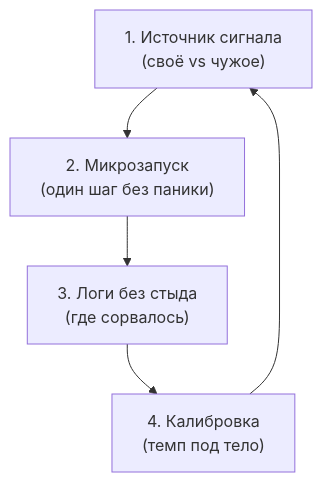
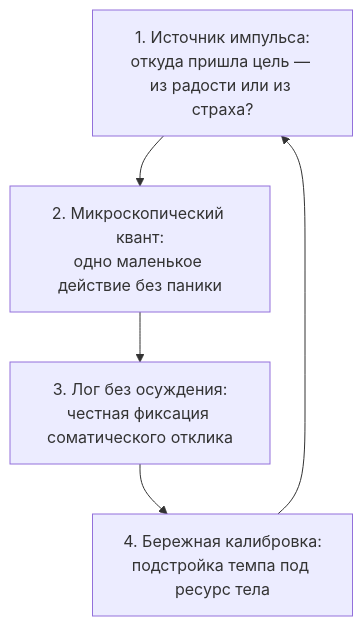
Before and after one commit to GTFB/threebooks: the diagram in root/46-goal-living-rhythm/ru.mdx, drawn with Mermaid. The commit also changed other lines of this file and 40 other files, not shown here.

````diff
--- a/root/46-goal-living-rhythm/ru.mdx
+++ b/root/46-goal-living-rhythm/ru.mdx
@@ -50,7 +68,7 @@
 ```mermaid
 flowchart TD
-  A["1. Источник сигнала\n(своё vs чужое)"] --> B["2. Микрозапуск\n(один шаг без паники)"]
-  B --> C["3. Логи без стыда\n(где сорвалось)"]
-  C --> D["4. Калибровка\n(темп под тело)"]
+  A["1. Источник импульса:\nоткуда пришла цель — из радости или из страха?"] --> B["2. Микроскопический квант:\nодно маленькое действие без паники"]
+  B --> C["3. Лог без осуждения:\nчестная фиксация соматического отклика"]
+  C --> D["4. Бережная калибровка:\nподстройка темпа под ресурс тела"]
   D --> A
 ```
````
